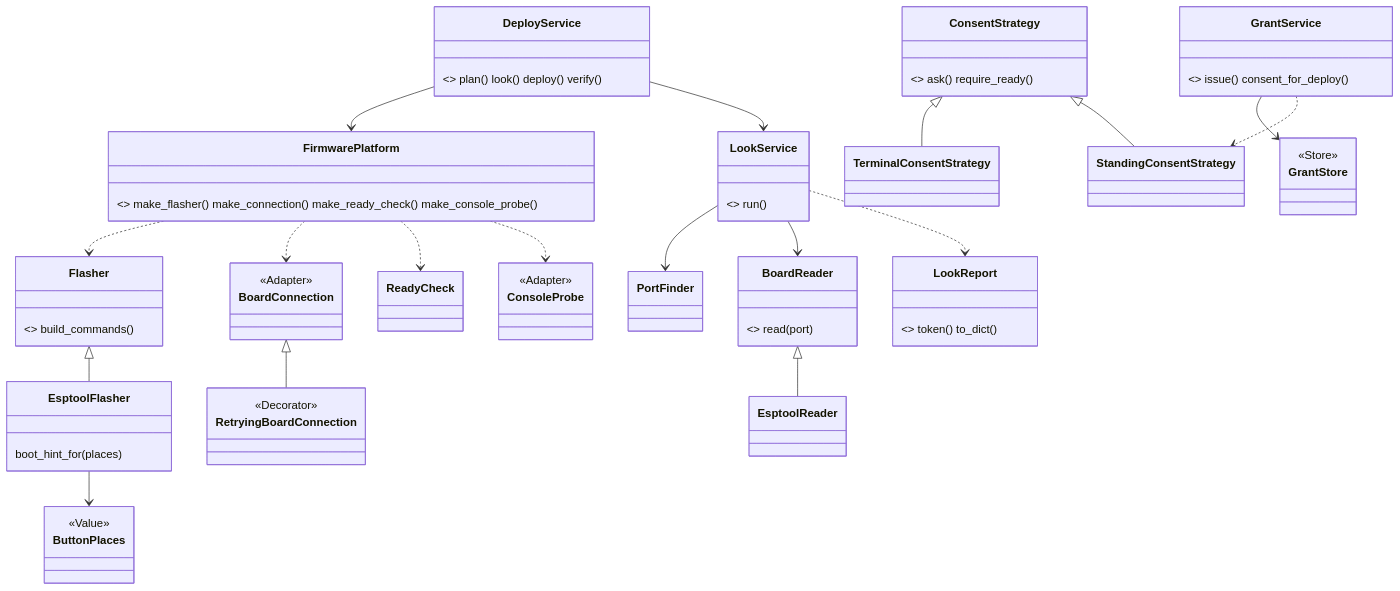
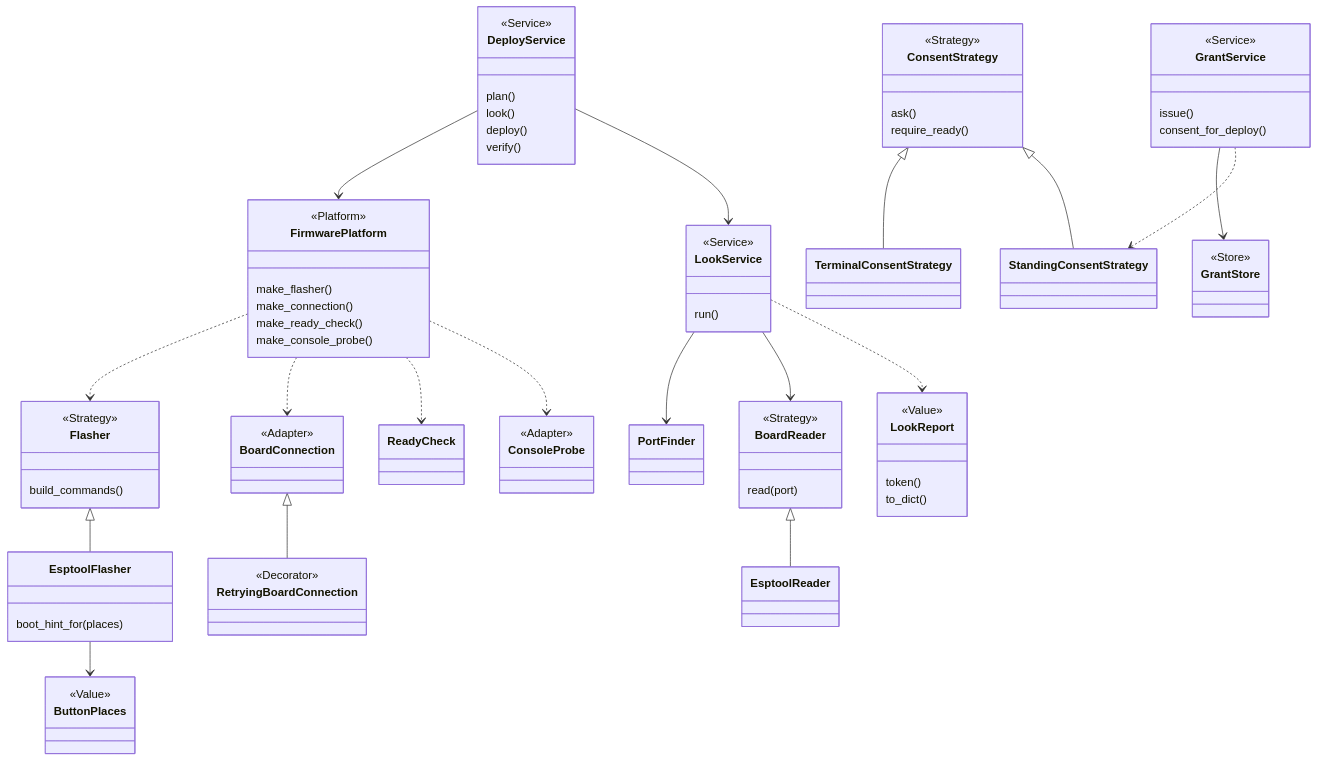
One commit to xmejkal/spark changed the first of 5 diagrams in docs/discovery/2026-10-19-p322-code-architecture/facts.md. Above: the diagram before and after it, drawn with Mermaid. The commit also changed other lines of this file and 1 other file, not shown here.

Commit message:
P322: the review's fixes to the measure
Claude-Session: https://claude.ai/code/session_018QGfdV8jE2oU3kR7LDx3FN

````diff
--- a/docs/discovery/2026-10-19-p322-code-architecture/facts.md
+++ b/docs/discovery/2026-10-19-p322-code-architecture/facts.md
@@ -37,23 +37,68 @@
 ```mermaid
 classDiagram
-  class DeployService { <<Service>> plan() look() deploy() verify() }
-  class FirmwarePlatform { <<Platform>> make_flasher() make_connection() make_ready_check() make_console_probe() }
-  class Flasher { <<Strategy>> build_commands() }
-  class EsptoolFlasher { boot_hint_for(places) }
-  class LookService { <<Service>> run() }
+  class DeployService {
+    <<Service>>
+    plan()
+    look()
+    deploy()
+    verify()
+  }
+  class FirmwarePlatform {
+    <<Platform>>
+    make_flasher()
+    make_connection()
+    make_ready_check()
+    make_console_probe()
+  }
+  class Flasher {
+    <<Strategy>>
+    build_commands()
+  }
+  class EsptoolFlasher {
+    boot_hint_for(places)
+  }
+  class LookService {
+    <<Service>>
+    run()
+  }
   class PortFinder
-  class BoardReader { <<Strategy>> read(port) }
+  class BoardReader {
+    <<Strategy>>
+    read(port)
+  }
   class EsptoolReader
-  class LookReport { <<Value>> token() to_dict() }
-  class ConsentStrategy { <<Strategy>> ask() require_ready() }
+  class LookReport {
+    <<Value>>
+    token()
+    to_dict()
+  }
+  class ConsentStrategy {
+    <<Strategy>>
+    ask()
+    require_ready()
+  }
   class TerminalConsentStrategy
   class StandingConsentStrategy
-  class GrantService { <<Service>> issue() consent_for_deploy() }
-  class GrantStore { <<Store>> }
-  class ButtonPlaces { <<Value>> }
-  class BoardConnection { <<Adapter>> }
-  class RetryingBoardConnection { <<Decorator>> }
-  class ConsoleProbe { <<Adapter>> }
+  class GrantService {
+    <<Service>>
+    issue()
+    consent_for_deploy()
+  }
+  class GrantStore {
+    <<Store>>
+  }
+  class ButtonPlaces {
+    <<Value>>
+  }
+  class BoardConnection {
+    <<Adapter>>
+  }
+  class RetryingBoardConnection {
+    <<Decorator>>
+  }
+  class ConsoleProbe {
+    <<Adapter>>
+  }
   class ReadyCheck
   Flasher <|-- EsptoolFlasher
   BoardReader <|-- EsptoolReader
````
